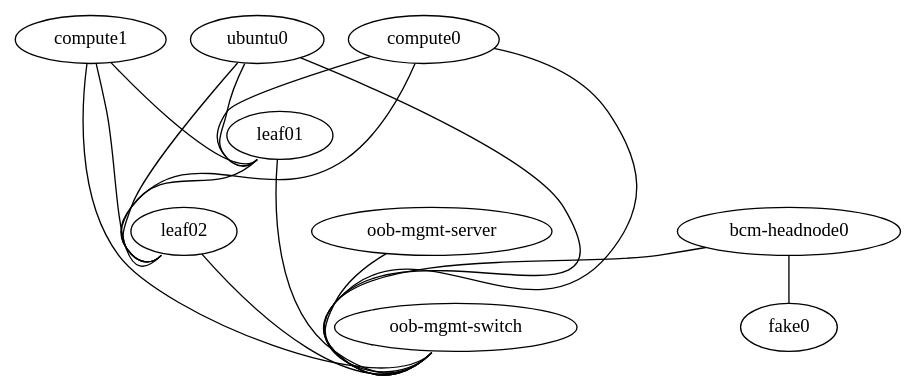
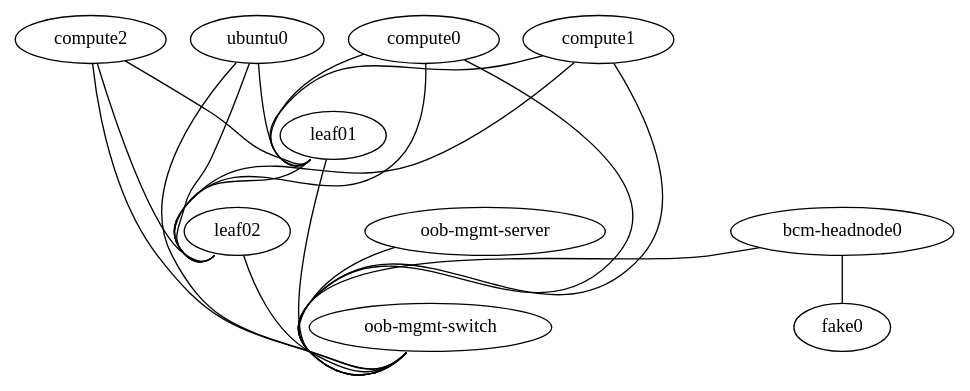
Before and after one commit to twilson217/bcm-in-nvidia-air: the diagram in test-bcm.dot, drawn with Graphviz. The commit also changed 1 other file, not shown here.

```diff
--- a/test-bcm.dot
+++ b/test-bcm.dot
@@ -1,28 +1,32 @@
 graph "bcm-air-poc" {
   "oob-mgmt-server"  [function="oob-server" cpu="2" memory="2048"]
   "oob-mgmt-switch"  [function="oob-switch" mgmt_ip="192.168.200.251"]
 
-  "bcm-headnode0" [memory="4096" os="bcmh-rocky9u2_10.0-4" cpu="2" cpu_mode="host-model" storage="200" mgmt_ip="192.168.200.254"]
+  "bcm-headnode0" [memory="4096" os="bcmh-rocky9u3-10.0-2" cpu="2" cpu_mode="host-model" storage="200" mgmt_ip="192.168.200.254"]
   "compute0" [function="server" memory="2048" os="pxe" cpu="2" boot="network" cpu_mode="host-model" storage="20" mgmt_ip="192.168.200.14"]
   "compute1" [function="server" memory="2048" os="pxe" cpu="2" boot="network" cpu_mode="host-model" storage="20" mgmt_ip="192.168.200.15"]
-  "ubuntu0" [function="server" memory="1024" os="generic/ubuntu1804" cpu="1" mgmt_ip="192.168.200.10"]
+  "compute2" [function="server" memory="2048" os="pxe" cpu="2" boot="network" cpu_mode="host-model" storage="20" mgmt_ip="192.168.200.16"]
+  "ubuntu0" [function="server" memory="1024" os="generic/ubuntu2204" cpu="1" mgmt_ip="192.168.200.10"]
   "leaf01" [function="leaf" memory="1024" os="cumulus-vx-5.8.0" cpu="1" mgmt_ip="192.168.200.12"]
   "leaf02" [function="leaf" memory="1024" os="cumulus-vx-5.8.0" cpu="1" mgmt_ip="192.168.200.13"]
-  "fake0" [function="fake" os="CumulusCommunity/cumulus-vx" version="5.6.0" mgmt_ip="192.168.200.11"]
+  "fake0" [function="fake" os="CumulusCommunity/cumulus-vx" version="5.7.0" mgmt_ip="192.168.200.11"]
 
   "bcm-headnode0":"eth1" -- "fake0":"outbound"
   "bcm-headnode0":"eth0" -- "oob-mgmt-switch":"swp2"
   "oob-mgmt-server":"eth1" -- "oob-mgmt-switch":"swp1"
   "ubuntu0":"eth0" -- "oob-mgmt-switch":"swp3" [left_mac="44:38:39:22:AA:01"]
   "leaf01":"eth0" -- "oob-mgmt-switch":"swp4" [left_mac="44:38:39:22:AA:02"]
   "leaf02":"eth0" -- "oob-mgmt-switch":"swp5" [left_mac="44:38:39:22:AA:03"]
   "compute0":"eth0" -- "oob-mgmt-switch":"swp6" [left_mac="44:38:39:22:AA:04"]
   "compute1":"eth0" -- "oob-mgmt-switch":"swp7" [left_mac="44:38:39:22:AA:05"]
-  "leaf01":"swp5" -- "leaf02":"swp5"
+  "compute2":"eth0" -- "oob-mgmt-switch":"swp8" [left_mac="44:38:39:22:AA:06"]
+  "leaf01":"swp51" -- "leaf02":"swp51"
   "ubuntu0":"eth1" -- "leaf01":"swp1"
   "ubuntu0":"eth2" -- "leaf02":"swp1"
   "compute0":"eth1" -- "leaf01":"swp2"
   "compute0":"eth2" -- "leaf02":"swp2"
   "compute1":"eth1" -- "leaf01":"swp3"
   "compute1":"eth2" -- "leaf02":"swp3"
+  "compute2":"eth1" -- "leaf01":"swp4"
+  "compute2":"eth2" -- "leaf02":"swp4"
 }
```
